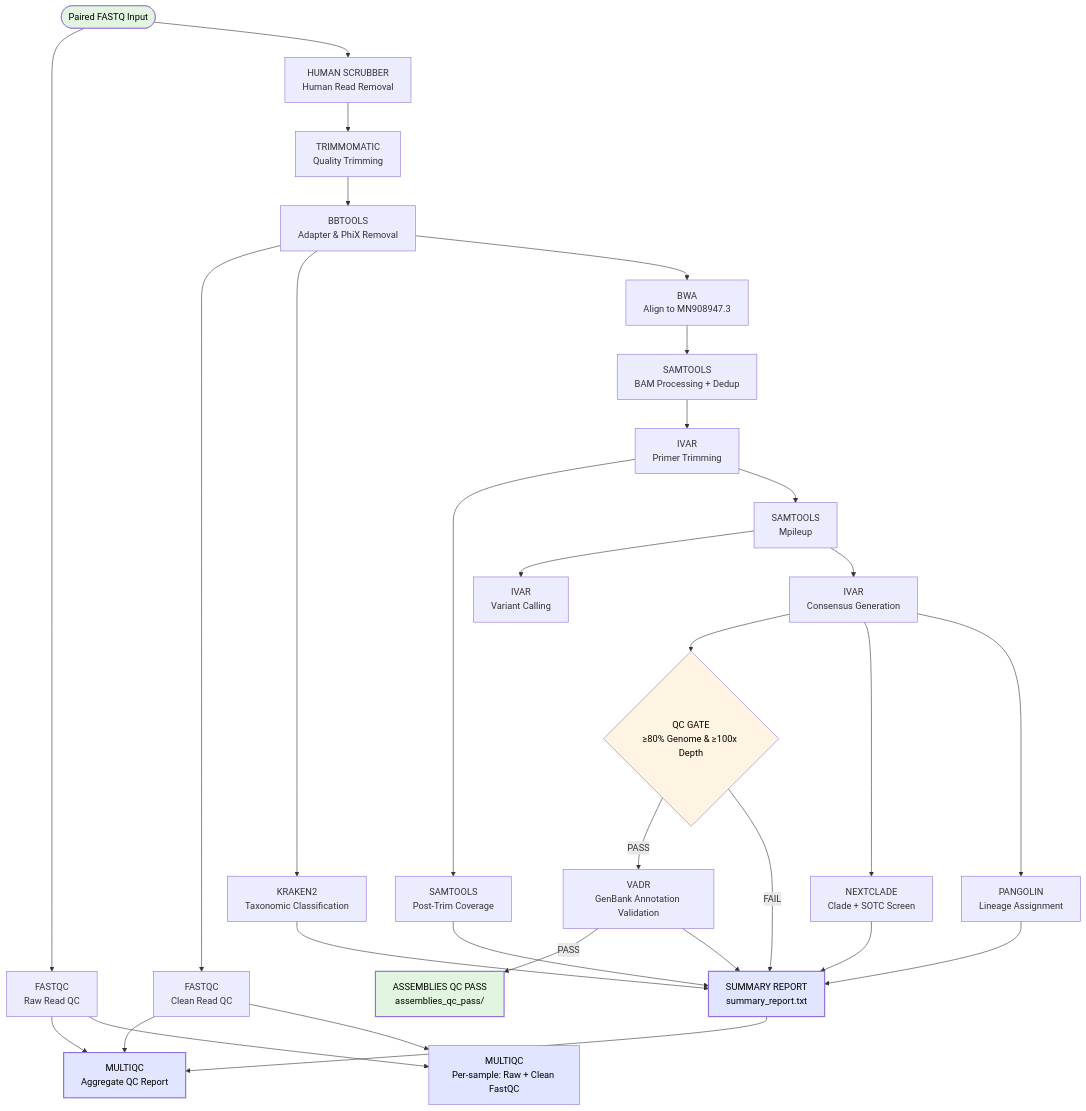
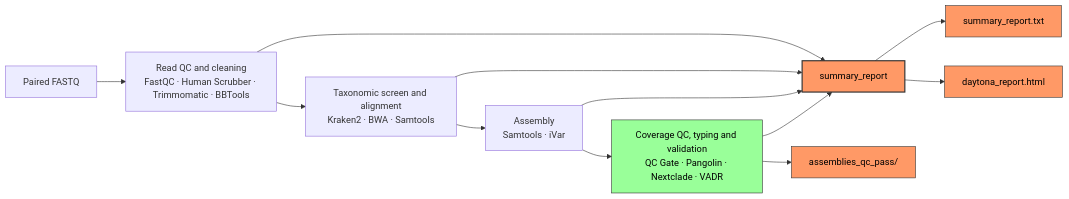
One commit to arodzh-sudo/Daytona changed the diagram in README.md. Above: the diagram before and after it, drawn with Mermaid. The commit also changed other lines of this file and 21 other files, not shown here.

Commit message:
Add interactive MultiQC dashboard, Nextflow 26 support, and fail-fast checks for empty and systemically broken runs

````diff
--- a/README.md
+++ b/README.md
@@ -91,39 +94,22 @@
 ```mermaid
-flowchart TD
-    A([Paired FASTQ Input]) --> B[FASTQC<br/>Raw Read QC]
-    A --> C[HUMAN SCRUBBER<br/>Human Read Removal]
-    C --> D[TRIMMOMATIC<br/>Quality Trimming]
-    D --> E[BBTOOLS<br/>Adapter & PhiX Removal]
-    E --> F[FASTQC<br/>Clean Read QC]
-    E --> H[KRAKEN2<br/>Taxonomic Classification]
-    E --> I[BWA<br/>Align to MN908947.3]
-    I --> M[SAMTOOLS<br/>BAM Processing + Dedup]
-    M --> N[IVAR<br/>Primer Trimming]
-    N --> O[SAMTOOLS<br/>Post-Trim Coverage]
-    N --> P[SAMTOOLS<br/>Mpileup]
-    P --> Q[IVAR<br/>Variant Calling]
-    P --> R[IVAR<br/>Consensus Generation]
-    R --> S{QC GATE<br/>≥80% Genome & ≥100x Depth}
-    R --> U[NEXTCLADE<br/>Clade + SOTC Screen]
-    R --> X[PANGOLIN<br/>Lineage Assignment]
-    S -->|PASS| T[VADR<br/>GenBank Annotation Validation]
-    S -->|FAIL| V[SUMMARY REPORT<br/>summary_report.txt]
-    T -->|PASS| W[ASSEMBLIES QC PASS<br/>assemblies_qc_pass/]
-    T --> V
-    U --> V
-    X --> V
-    H --> V
-    O --> V
-    V --> G[MULTIQC<br/>Aggregate QC Report]
-    B --> G
-    F --> G
-    B --> SM[MULTIQC<br/>Per-sample: Raw + Clean FastQC]
-    F --> SM
+flowchart LR
+    IN[Paired FASTQ] --> QC["Read QC and cleaning<br/>FastQC · Human Scrubber · Trimmomatic · BBTools"]
+    QC --> SCR["Taxonomic screen and alignment<br/>Kraken2 · BWA · Samtools"]
+    SCR --> ASM["Assembly<br/>Samtools · iVar"]
+    ASM --> VAL["Coverage QC, typing and validation<br/>QC Gate · Pangolin · Nextclade · VADR"]
 
-    style A fill:#e1f5e1,color:#000
-    style S fill:#fff4e1,color:#000
-    style V fill:#e1e5ff,color:#000,stroke-width:2px
-    style W fill:#e1f5e1,color:#000,stroke-width:2px
-    style G fill:#e1e5ff,color:#000,stroke-width:2px
-    style SM fill:#e1e5ff,color:#000
+    QC --> REP[summary_report]
+    SCR --> REP
+    ASM --> REP
+    VAL --> REP
+
+    VAL --> AQP[assemblies_qc_pass/]
+    REP --> OUT[summary_report.txt]
+    REP --> DASH[daytona_report.html]
+
+    style VAL fill:#9f9,stroke:#333,color:#000
+    style REP fill:#f96,stroke:#333,stroke-width:2px,color:#000
+    style OUT fill:#f96,stroke:#333,color:#000
+    style DASH fill:#f96,stroke:#333,color:#000
+    style AQP fill:#f96,stroke:#333,color:#000
 ```
````
